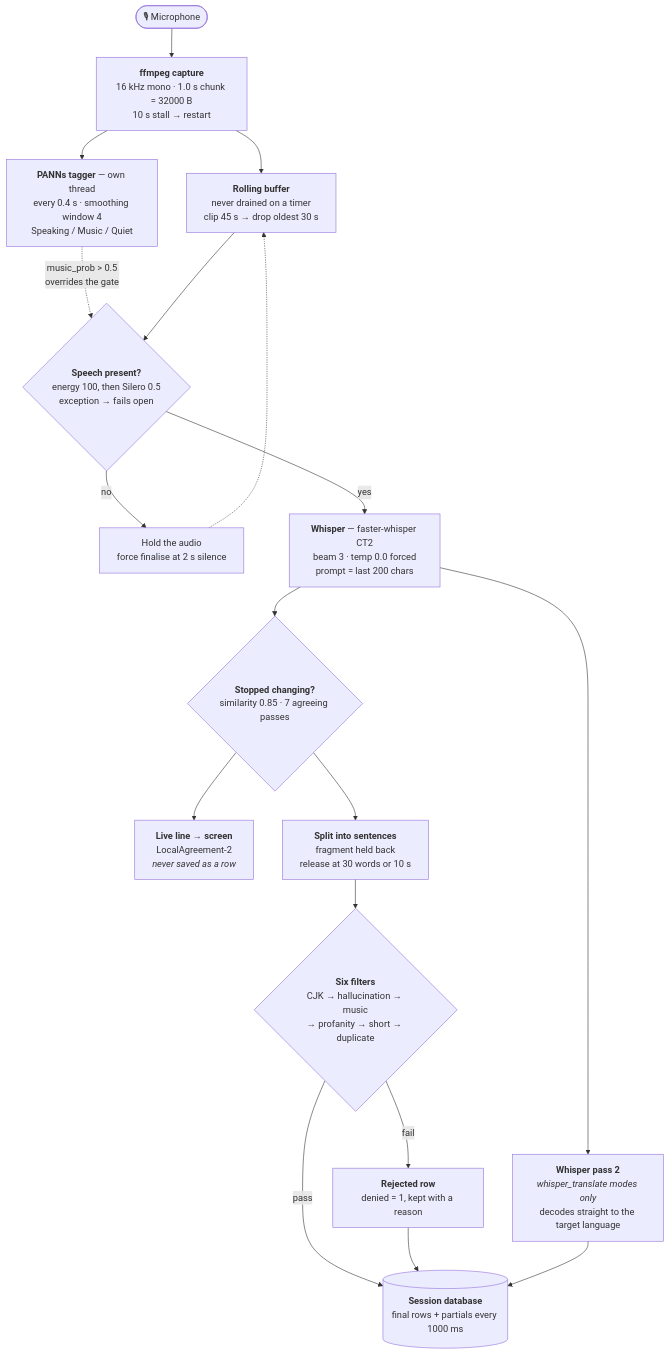
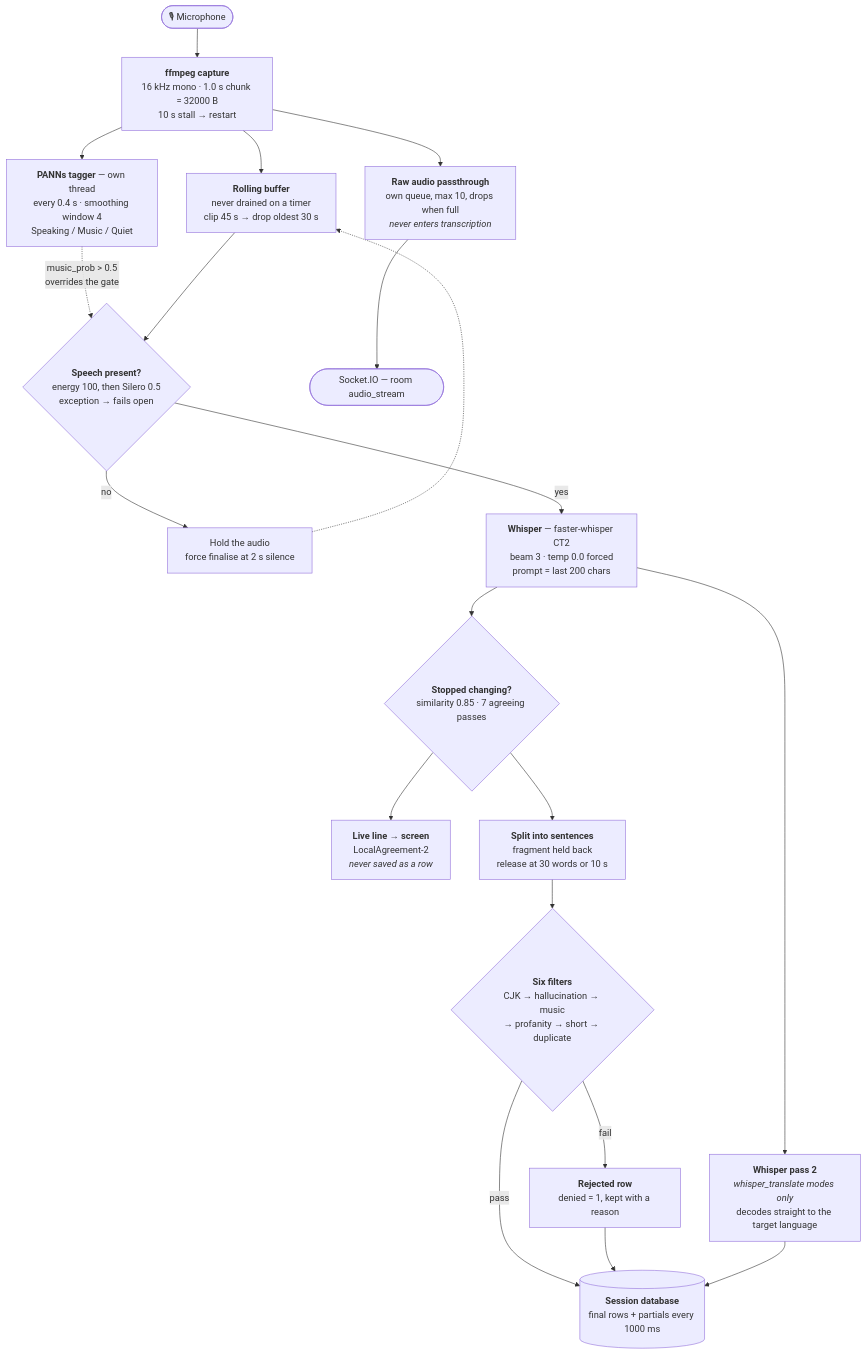
One commit to ChurchPresenter/STT changed the second of 7 diagrams in PIPELINE.md. Above: the diagram before and after it, drawn with Mermaid. The commit also changed other lines of this file, not shown here.

````diff
--- a/PIPELINE.md
+++ b/PIPELINE.md
@@ -49,35 +49,37 @@
 ```mermaid
 flowchart TD
     MIC(["🎙 Microphone"])
     FF["<b>ffmpeg capture</b><br/>16 kHz mono · 1.0 s chunk = 32000 B<br/>10 s stall → restart"]
     PAN["<b>PANNs tagger</b> — own thread<br/>every 0.4 s · smoothing window 4<br/>Speaking / Music / Quiet"]
     BUF["<b>Rolling buffer</b><br/>never drained on a timer<br/>clip 45 s → drop oldest 30 s"]
     VAD{"<b>Speech present?</b><br/>energy 100, then Silero 0.5<br/>exception → fails open"}
     HOLD["Hold the audio<br/>force finalise at 2 s silence"]
     WSP["<b>Whisper</b> — faster-whisper CT2<br/>beam 3 · temp 0.0 forced<br/>prompt = last 200 chars"]
     P2["<b>Whisper pass 2</b><br/><i>whisper_translate modes only</i><br/>decodes straight to the target language"]
     FIN{"<b>Stopped changing?</b><br/>similarity 0.85 · 7 agreeing passes"}
     LIVE["<b>Live line → screen</b><br/>LocalAgreement-2<br/><i>never saved as a row</i>"]
     SPL["<b>Split into sentences</b><br/>fragment held back<br/>release at 30 words or 10 s"]
     FLT{"<b>Six filters</b><br/>CJK → hallucination → music<br/>→ profanity → short → duplicate"}
     REJ["<b>Rejected row</b><br/>denied = 1, kept with a reason"]
     DB[("<b>Session database</b><br/>final rows + partials every 1000 ms")]
 
     MIC --> FF
     FF --> BUF
     FF --> PAN
+    FF --> AUD["<b>Raw audio passthrough</b><br/>own queue, max 10, drops when full<br/><i>never enters transcription</i>"]
+    AUD --> SIO(["Socket.IO — room audio_stream"])
     PAN -.->|music_prob &gt; 0.5<br/>overrides the gate| VAD
     BUF --> VAD
     VAD -->|no| HOLD
     HOLD -.-> BUF
     VAD -->|yes| WSP
     WSP --> FIN
     WSP --> P2
     FIN --> LIVE
     FIN --> SPL
     SPL --> FLT
     FLT -->|pass| DB
     FLT -->|fail| REJ
     REJ --> DB
     P2 --> DB
 ```
````
